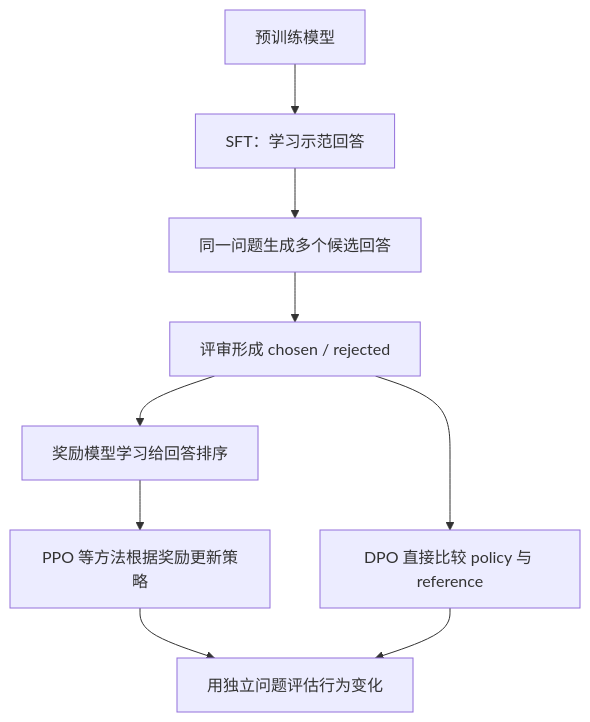
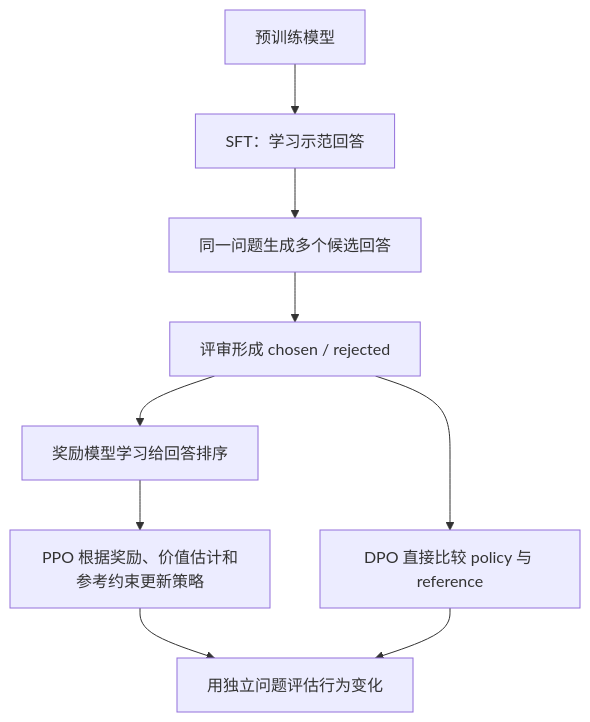
The diagram in book-03-practical-handbook/chapters/05-偏好优化实战.md (ChanChiChoi/llm-from-zero-to-interview), drawn with Mermaid before and after one commit. The commit also changed other lines of this file and 6 other files, not shown here.

````diff
--- a/book-03-practical-handbook/chapters/05-偏好优化实战.md
+++ b/book-03-practical-handbook/chapters/05-偏好优化实战.md
@@ -9,11 +9,11 @@
 ```mermaid
 flowchart TD
     A["预训练模型"] --> B["SFT：学习示范回答"]
     B --> C["同一问题生成多个候选回答"]
     C --> D["评审形成 chosen / rejected"]
     D --> E["奖励模型学习给回答排序"]
-    E --> F["PPO 等方法根据奖励更新策略"]
+    E --> F["PPO 根据奖励、价值估计和参考约束更新策略"]
     D --> G["DPO 直接比较 policy 与 reference"]
     F --> H["用独立问题评估行为变化"]
     G --> H
 ```
````
